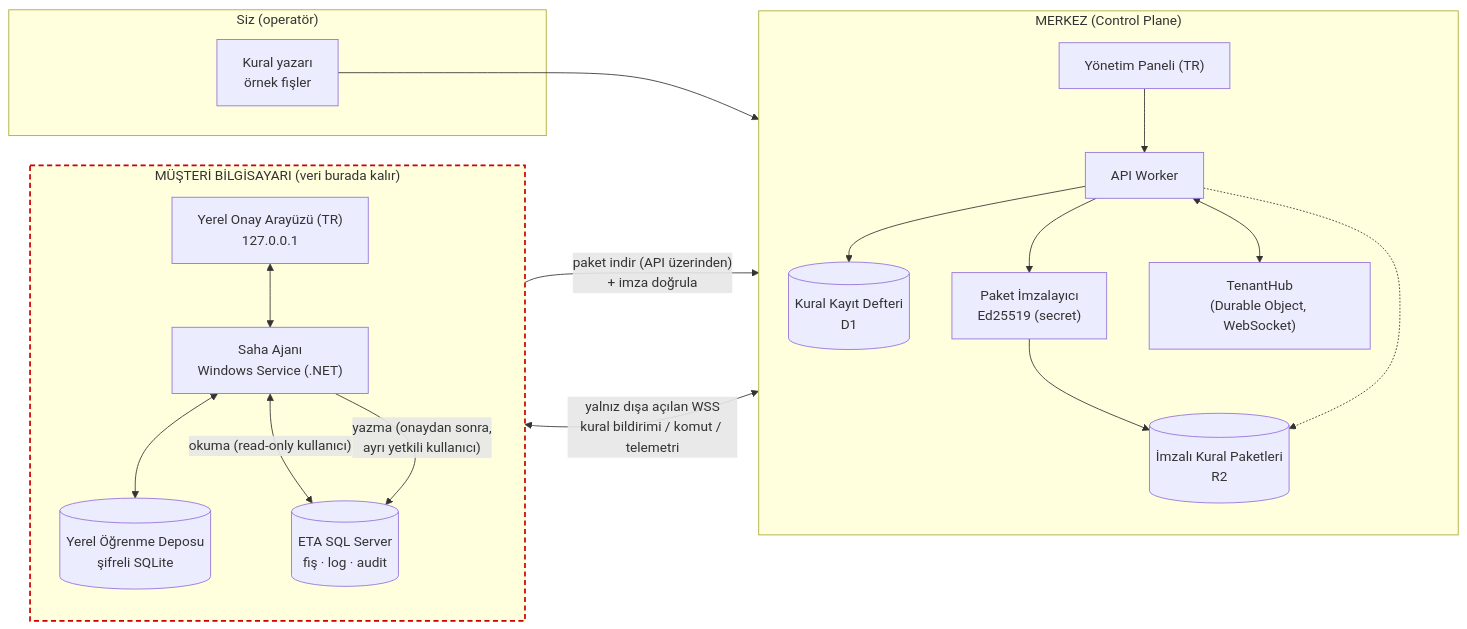
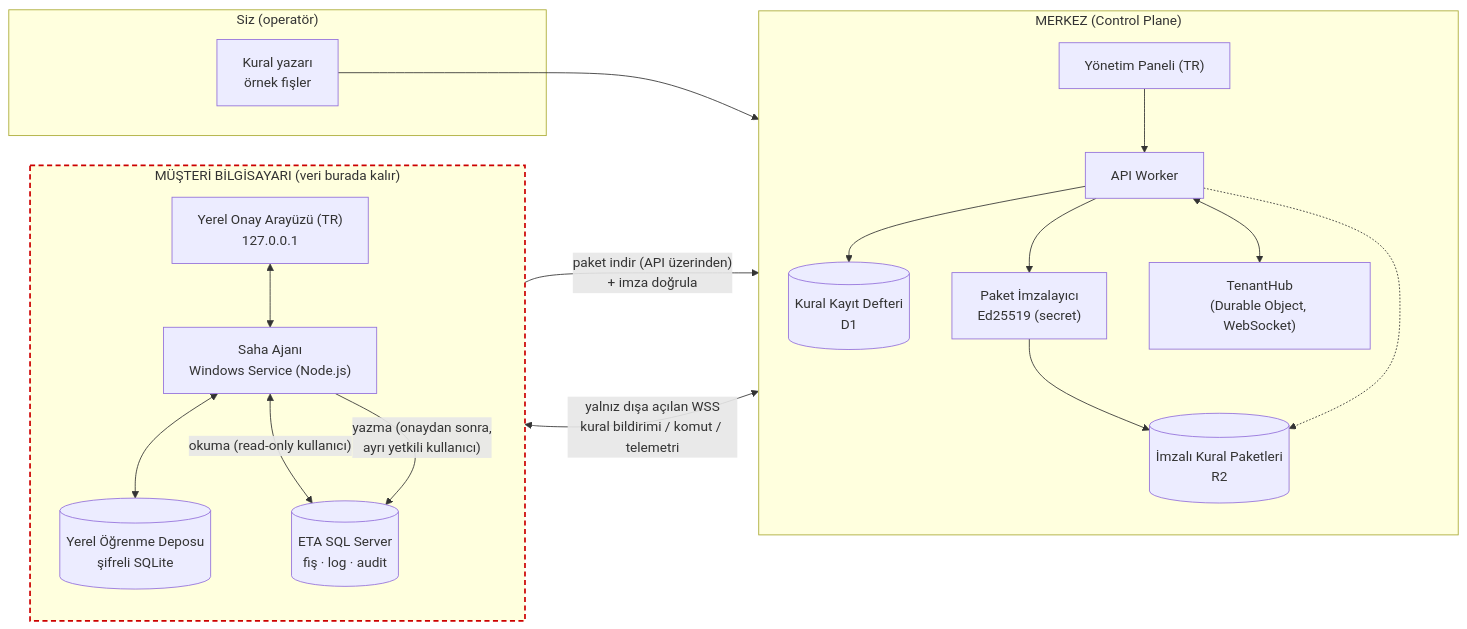
One commit to kaosarchitecture/kimici changed the first of 7 diagrams in docs/architecture.md. Above: the diagram before and after it, drawn with Mermaid. The commit also changed other lines of this file and 6 other files, not shown here.

First line of the commit message:
docs: refine DENK method from office archive and resolve ETA schema unknowns

````diff
--- a/docs/architecture.md
+++ b/docs/architecture.md
@@ -20,38 +20,38 @@
 ```mermaid
 flowchart LR
     subgraph OP["Siz (operatör)"]
         U["Kural yazarı<br/>örnek fişler"]
     end
 
     subgraph CP["MERKEZ (Control Plane)"]
         direction TB
         ADM["Yönetim Paneli (TR)"]
         API["API Worker"]
         HUB["TenantHub<br/>(Durable Object, WebSocket)"]
         REG[("Kural Kayıt Defteri<br/>D1")]
         PKG[("İmzalı Kural Paketleri<br/>R2")]
         SIGN["Paket İmzalayıcı<br/>Ed25519 (secret)"]
     end
 
     subgraph SITE["MÜŞTERİ BİLGİSAYARI (veri burada kalır)"]
         direction TB
-        AG["Saha Ajanı<br/>Windows Service (.NET)"]
+        AG["Saha Ajanı<br/>Windows Service (Node.js)"]
         LS[("Yerel Öğrenme Deposu<br/>şifreli SQLite")]
         LUI["Yerel Onay Arayüzü (TR)<br/>127.0.0.1"]
         ETA[("ETA SQL Server<br/>fiş · log · audit")]
     end
 
     U --> ADM --> API --> REG
     API --> SIGN --> PKG
     API <--> HUB
     HUB <-- "yalnız dışa açılan WSS<br/>kural bildirimi / komut / telemetri" --> AG
     AG -- "paket indir (API üzerinden)<br/>+ imza doğrula" --> API
     API -.-> PKG
     AG <--> LS
     AG <-- "okuma (read-only kullanıcı)" --> ETA
     AG -- "yazma (onaydan sonra,<br/>ayrı yetkili kullanıcı)" --> ETA
     LUI <--> AG
 
     classDef boundary stroke:#c00,stroke-width:2px,stroke-dasharray:6 4;
     class SITE boundary;
 ```
````
